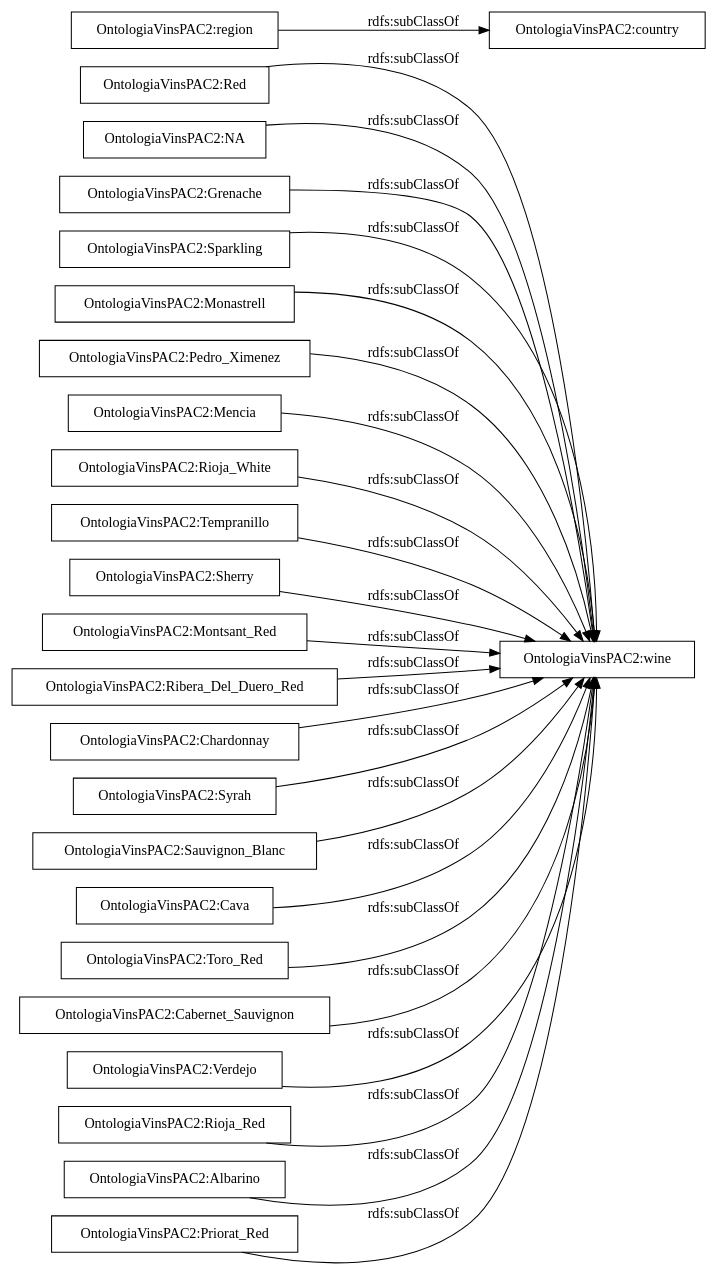
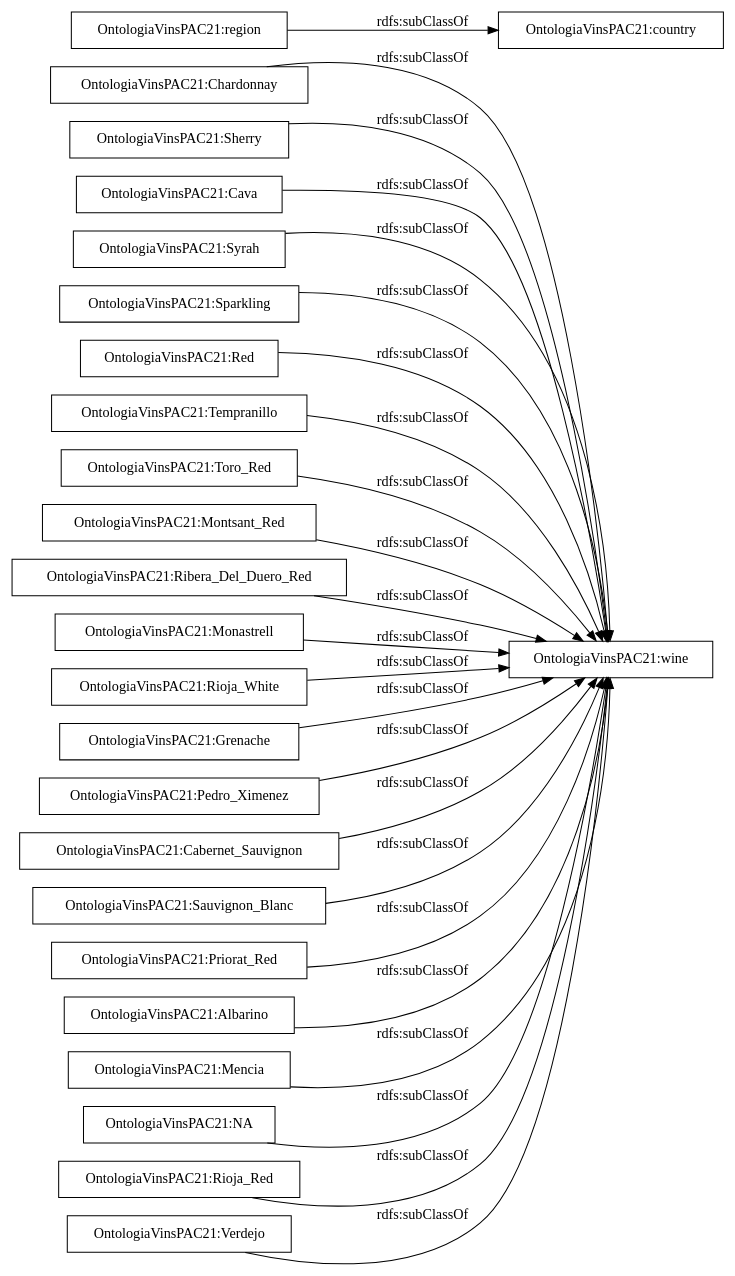
One commit to Jcaperag/PAC2Repre changed the diagram in OnToology/OntologiaVinsPAC2.rdf/diagrams/ar2dtool-taxonomy/OntologiaVinsPAC2.rdf.png.dot. Above: the diagram before and after it, drawn with Graphviz. The commit also changed 12 other files, not shown here.

```diff
--- a/OnToology/OntologiaVinsPAC2.rdf/diagrams/ar2dtool-taxonomy/OntologiaVinsPAC2.rdf.png.dot
+++ b/OnToology/OntologiaVinsPAC2.rdf/diagrams/ar2dtool-taxonomy/OntologiaVinsPAC2.rdf.png.dot
@@ -1,29 +1,29 @@
 digraph ar2dtool_diagram { 
 rankdir=LR;
 size="1000"
-node [shape = rectangle, color="black"]; "OntologiaVinsPAC2:Red" "OntologiaVinsPAC2:NA" "OntologiaVinsPAC2:Grenache" "OntologiaVinsPAC2:country" "OntologiaVinsPAC2:Sparkling" "OntologiaVinsPAC2:Monastrell" "OntologiaVinsPAC2:Pedro_Ximenez" "OntologiaVinsPAC2:Mencia" "OntologiaVinsPAC2:Rioja_White" "OntologiaVinsPAC2:Tempranillo" "OntologiaVinsPAC2:Sherry" "OntologiaVinsPAC2:Montsant_Red" "OntologiaVinsPAC2:Ribera_Del_Duero_Red" "OntologiaVinsPAC2:Chardonnay" "OntologiaVinsPAC2:Syrah" "OntologiaVinsPAC2:region" "OntologiaVinsPAC2:Sauvignon_Blanc" "OntologiaVinsPAC2:Cava" "OntologiaVinsPAC2:Toro_Red" "OntologiaVinsPAC2:Cabernet_Sauvignon" "OntologiaVinsPAC2:Verdejo" "OntologiaVinsPAC2:wine" "OntologiaVinsPAC2:Rioja_Red" "OntologiaVinsPAC2:Albarino" "OntologiaVinsPAC2:Priorat_Red" ; /*classes style*/
-	"OntologiaVinsPAC2:Syrah" -> "OntologiaVinsPAC2:wine" [ label = "rdfs:subClassOf" ];
-	"OntologiaVinsPAC2:Tempranillo" -> "OntologiaVinsPAC2:wine" [ label = "rdfs:subClassOf" ];
-	"OntologiaVinsPAC2:Montsant_Red" -> "OntologiaVinsPAC2:wine" [ label = "rdfs:subClassOf" ];
-	"OntologiaVinsPAC2:Mencia" -> "OntologiaVinsPAC2:wine" [ label = "rdfs:subClassOf" ];
-	"OntologiaVinsPAC2:Cava" -> "OntologiaVinsPAC2:wine" [ label = "rdfs:subClassOf" ];
-	"OntologiaVinsPAC2:Rioja_Red" -> "OntologiaVinsPAC2:wine" [ label = "rdfs:subClassOf" ];
-	"OntologiaVinsPAC2:Priorat_Red" -> "OntologiaVinsPAC2:wine" [ label = "rdfs:subClassOf" ];
-	"OntologiaVinsPAC2:region" -> "OntologiaVinsPAC2:country" [ label = "rdfs:subClassOf" ];
-	"OntologiaVinsPAC2:Rioja_White" -> "OntologiaVinsPAC2:wine" [ label = "rdfs:subClassOf" ];
-	"OntologiaVinsPAC2:Sparkling" -> "OntologiaVinsPAC2:wine" [ label = "rdfs:subClassOf" ];
-	"OntologiaVinsPAC2:Monastrell" -> "OntologiaVinsPAC2:wine" [ label = "rdfs:subClassOf" ];
-	"OntologiaVinsPAC2:Red" -> "OntologiaVinsPAC2:wine" [ label = "rdfs:subClassOf" ];
-	"OntologiaVinsPAC2:Albarino" -> "OntologiaVinsPAC2:wine" [ label = "rdfs:subClassOf" ];
-	"OntologiaVinsPAC2:Chardonnay" -> "OntologiaVinsPAC2:wine" [ label = "rdfs:subClassOf" ];
-	"OntologiaVinsPAC2:Verdejo" -> "OntologiaVinsPAC2:wine" [ label = "rdfs:subClassOf" ];
-	"OntologiaVinsPAC2:Grenache" -> "OntologiaVinsPAC2:wine" [ label = "rdfs:subClassOf" ];
-	"OntologiaVinsPAC2:Sauvignon_Blanc" -> "OntologiaVinsPAC2:wine" [ label = "rdfs:subClassOf" ];
-	"OntologiaVinsPAC2:Toro_Red" -> "OntologiaVinsPAC2:wine" [ label = "rdfs:subClassOf" ];
-	"OntologiaVinsPAC2:Cabernet_Sauvignon" -> "OntologiaVinsPAC2:wine" [ label = "rdfs:subClassOf" ];
-	"OntologiaVinsPAC2:NA" -> "OntologiaVinsPAC2:wine" [ label = "rdfs:subClassOf" ];
-	"OntologiaVinsPAC2:Ribera_Del_Duero_Red" -> "OntologiaVinsPAC2:wine" [ label = "rdfs:subClassOf" ];
-	"OntologiaVinsPAC2:Pedro_Ximenez" -> "OntologiaVinsPAC2:wine" [ label = "rdfs:subClassOf" ];
-	"OntologiaVinsPAC2:Sherry" -> "OntologiaVinsPAC2:wine" [ label = "rdfs:subClassOf" ];
+node [shape = rectangle, color="black"]; "OntologiaVinsPAC21:Chardonnay" "OntologiaVinsPAC21:Sherry" "OntologiaVinsPAC21:Cava" "OntologiaVinsPAC21:Syrah" "OntologiaVinsPAC21:Sparkling" "OntologiaVinsPAC21:Red" "OntologiaVinsPAC21:wine" "OntologiaVinsPAC21:Tempranillo" "OntologiaVinsPAC21:Toro_Red" "OntologiaVinsPAC21:Montsant_Red" "OntologiaVinsPAC21:Ribera_Del_Duero_Red" "OntologiaVinsPAC21:country" "OntologiaVinsPAC21:Monastrell" "OntologiaVinsPAC21:Rioja_White" "OntologiaVinsPAC21:Grenache" "OntologiaVinsPAC21:Pedro_Ximenez" "OntologiaVinsPAC21:Cabernet_Sauvignon" "OntologiaVinsPAC21:Sauvignon_Blanc" "OntologiaVinsPAC21:Priorat_Red" "OntologiaVinsPAC21:region" "OntologiaVinsPAC21:Albarino" "OntologiaVinsPAC21:Mencia" "OntologiaVinsPAC21:NA" "OntologiaVinsPAC21:Rioja_Red" "OntologiaVinsPAC21:Verdejo" ; /*classes style*/
+	"OntologiaVinsPAC21:Mencia" -> "OntologiaVinsPAC21:wine" [ label = "rdfs:subClassOf" ];
+	"OntologiaVinsPAC21:Pedro_Ximenez" -> "OntologiaVinsPAC21:wine" [ label = "rdfs:subClassOf" ];
+	"OntologiaVinsPAC21:Ribera_Del_Duero_Red" -> "OntologiaVinsPAC21:wine" [ label = "rdfs:subClassOf" ];
+	"OntologiaVinsPAC21:Rioja_White" -> "OntologiaVinsPAC21:wine" [ label = "rdfs:subClassOf" ];
+	"OntologiaVinsPAC21:Tempranillo" -> "OntologiaVinsPAC21:wine" [ label = "rdfs:subClassOf" ];
+	"OntologiaVinsPAC21:Albarino" -> "OntologiaVinsPAC21:wine" [ label = "rdfs:subClassOf" ];
+	"OntologiaVinsPAC21:Priorat_Red" -> "OntologiaVinsPAC21:wine" [ label = "rdfs:subClassOf" ];
+	"OntologiaVinsPAC21:Toro_Red" -> "OntologiaVinsPAC21:wine" [ label = "rdfs:subClassOf" ];
+	"OntologiaVinsPAC21:Verdejo" -> "OntologiaVinsPAC21:wine" [ label = "rdfs:subClassOf" ];
+	"OntologiaVinsPAC21:Red" -> "OntologiaVinsPAC21:wine" [ label = "rdfs:subClassOf" ];
+	"OntologiaVinsPAC21:Syrah" -> "OntologiaVinsPAC21:wine" [ label = "rdfs:subClassOf" ];
+	"OntologiaVinsPAC21:Sherry" -> "OntologiaVinsPAC21:wine" [ label = "rdfs:subClassOf" ];
+	"OntologiaVinsPAC21:Grenache" -> "OntologiaVinsPAC21:wine" [ label = "rdfs:subClassOf" ];
+	"OntologiaVinsPAC21:Cabernet_Sauvignon" -> "OntologiaVinsPAC21:wine" [ label = "rdfs:subClassOf" ];
+	"OntologiaVinsPAC21:NA" -> "OntologiaVinsPAC21:wine" [ label = "rdfs:subClassOf" ];
+	"OntologiaVinsPAC21:Rioja_Red" -> "OntologiaVinsPAC21:wine" [ label = "rdfs:subClassOf" ];
+	"OntologiaVinsPAC21:Monastrell" -> "OntologiaVinsPAC21:wine" [ label = "rdfs:subClassOf" ];
+	"OntologiaVinsPAC21:Chardonnay" -> "OntologiaVinsPAC21:wine" [ label = "rdfs:subClassOf" ];
+	"OntologiaVinsPAC21:Sparkling" -> "OntologiaVinsPAC21:wine" [ label = "rdfs:subClassOf" ];
+	"OntologiaVinsPAC21:region" -> "OntologiaVinsPAC21:country" [ label = "rdfs:subClassOf" ];
+	"OntologiaVinsPAC21:Montsant_Red" -> "OntologiaVinsPAC21:wine" [ label = "rdfs:subClassOf" ];
+	"OntologiaVinsPAC21:Cava" -> "OntologiaVinsPAC21:wine" [ label = "rdfs:subClassOf" ];
+	"OntologiaVinsPAC21:Sauvignon_Blanc" -> "OntologiaVinsPAC21:wine" [ label = "rdfs:subClassOf" ];
 
 }
```
